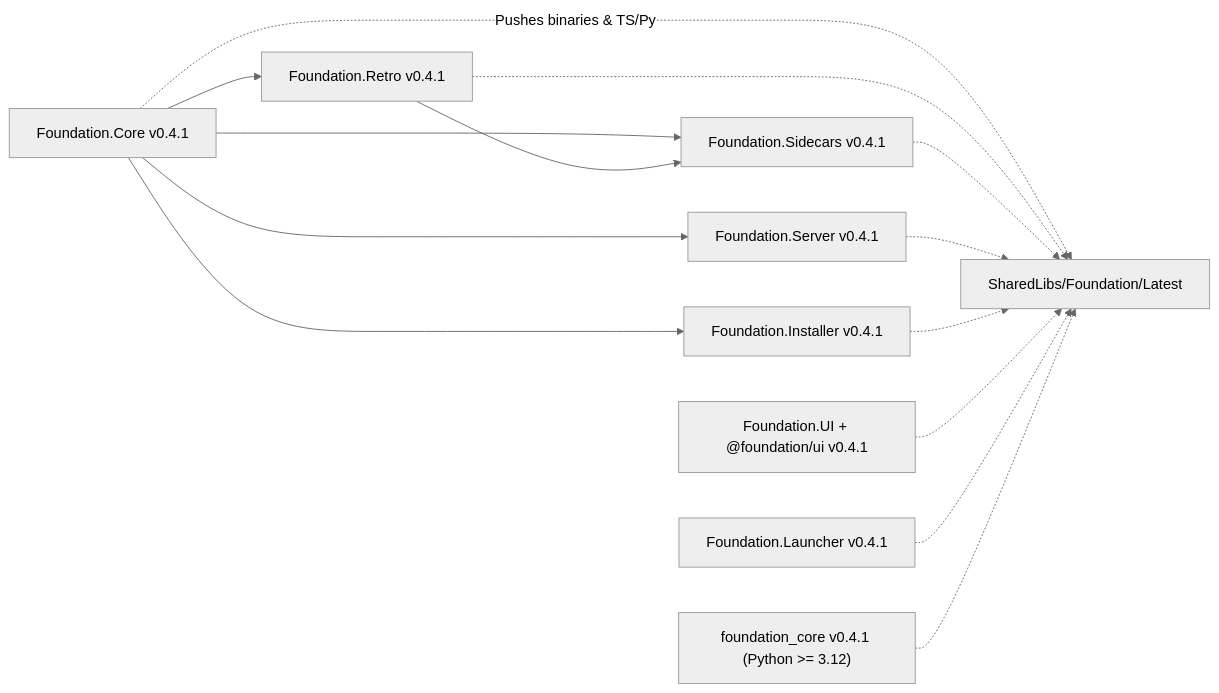
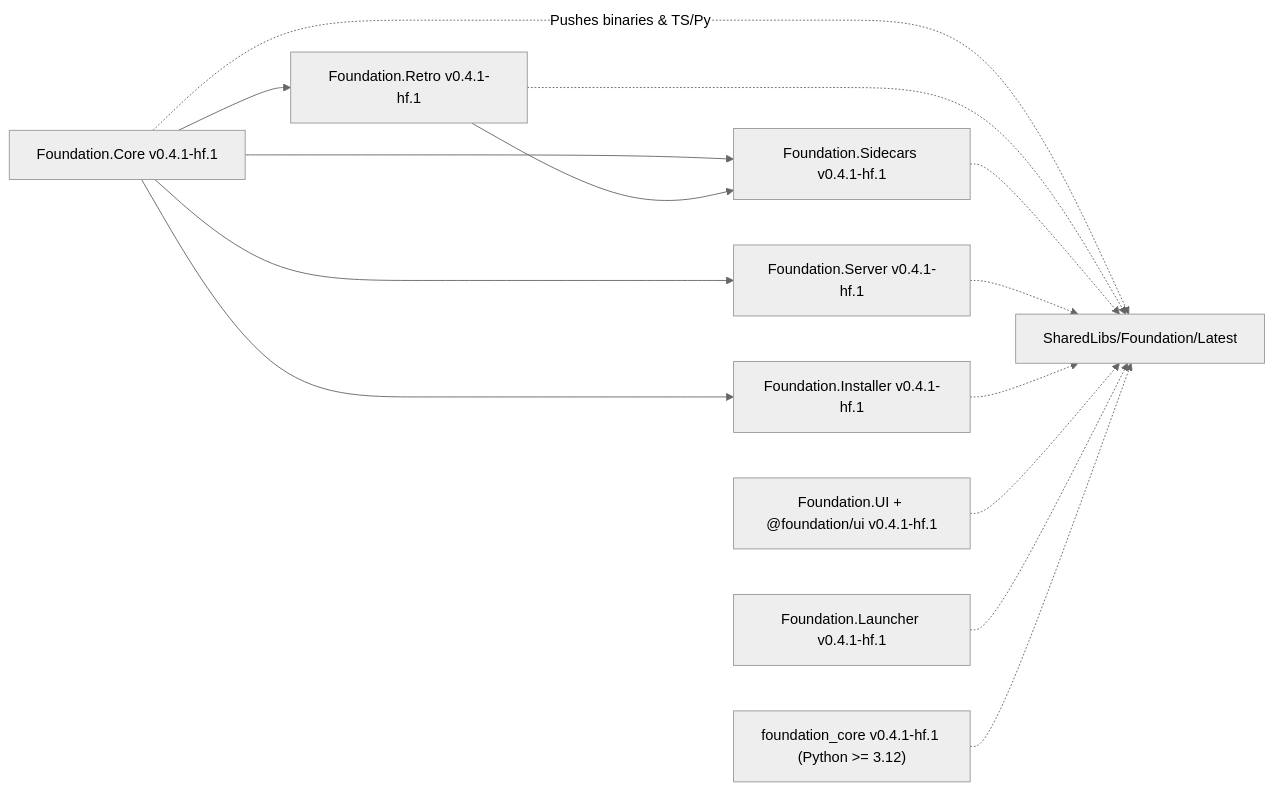
The diagram in Dev/docs/ARCHITECTURE.md (StreamItAllGit/Foundation), drawn with Mermaid (neutral theme) before and after one commit. The commit also changed other lines of this file and 59 other files, not shown here.

````diff
--- a/Dev/docs/ARCHITECTURE.md
+++ b/Dev/docs/ARCHITECTURE.md
@@ -12,26 +12,26 @@
 ```mermaid
 flowchart LR
-    Core["Foundation.Core v0.4.1"]
-    Retro["Foundation.Retro v0.4.1"]
-    Sidecars["Foundation.Sidecars v0.4.1"]
-    Server["Foundation.Server v0.4.1"]
-    Installer["Foundation.Installer v0.4.1"]
-    UI["Foundation.UI + @foundation/ui v0.4.1"]
-    Launcher["Foundation.Launcher v0.4.1"]
-    PyCore["foundation_core v0.4.1 (Python >= 3.12)"]
+    Core["Foundation.Core v0.4.1-hf.1"]
+    Retro["Foundation.Retro v0.4.1-hf.1"]
+    Sidecars["Foundation.Sidecars v0.4.1-hf.1"]
+    Server["Foundation.Server v0.4.1-hf.1"]
+    Installer["Foundation.Installer v0.4.1-hf.1"]
+    UI["Foundation.UI + @foundation/ui v0.4.1-hf.1"]
+    Launcher["Foundation.Launcher v0.4.1-hf.1"]
+    PyCore["foundation_core v0.4.1-hf.1 (Python >= 3.12)"]
     Hub["SharedLibs/Foundation/Latest"]
 
     Core --> Retro
     Core --> Sidecars
     Retro --> Sidecars
     Core --> Server
     Core --> Installer
     Core -. "Pushes binaries & TS/Py" .-> Hub
     Retro -.-> Hub
     Sidecars -.-> Hub
     Server -.-> Hub
     Installer -.-> Hub
     UI -.-> Hub
     Launcher -.-> Hub
     PyCore -.-> Hub
 ```
````
